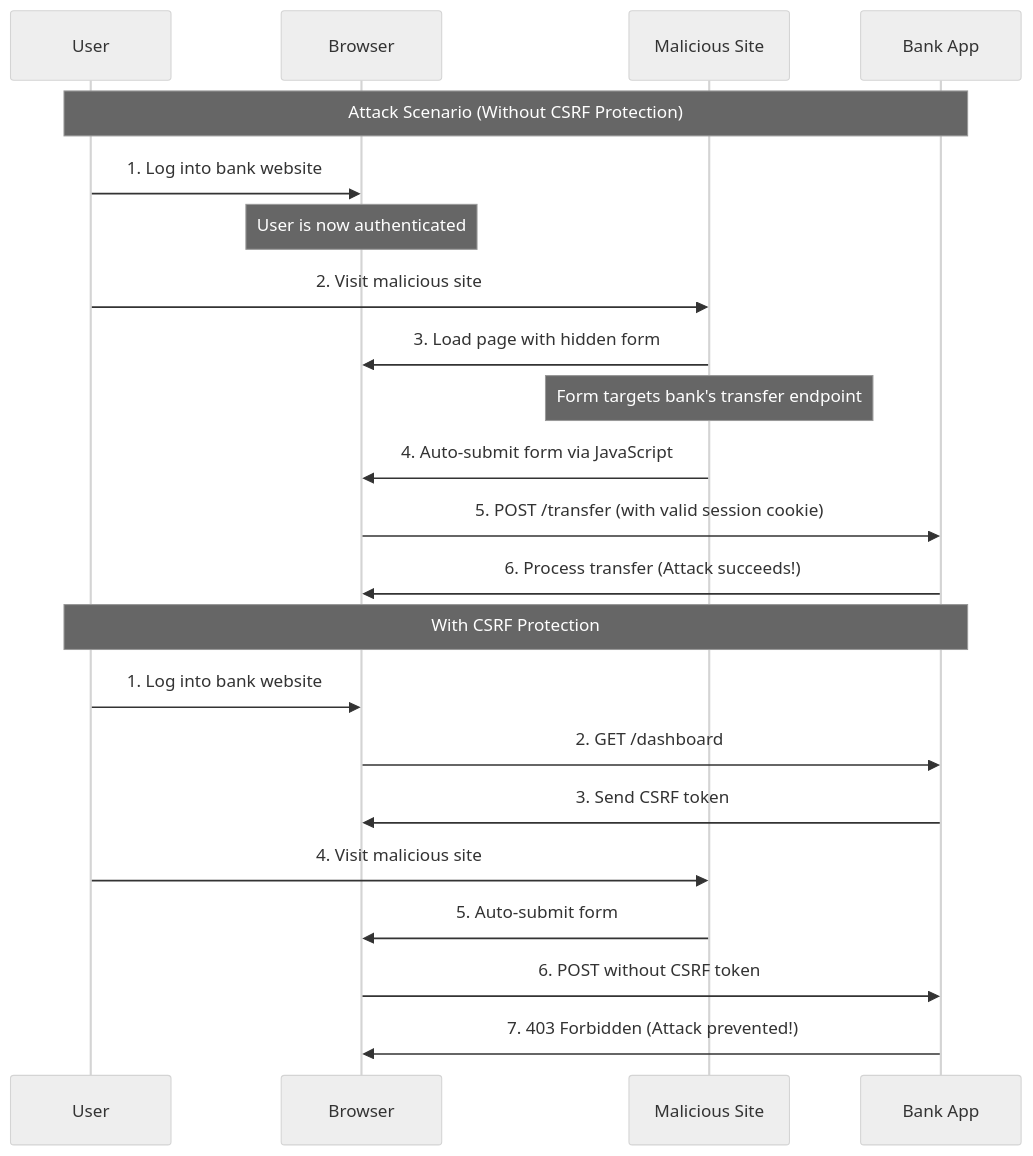
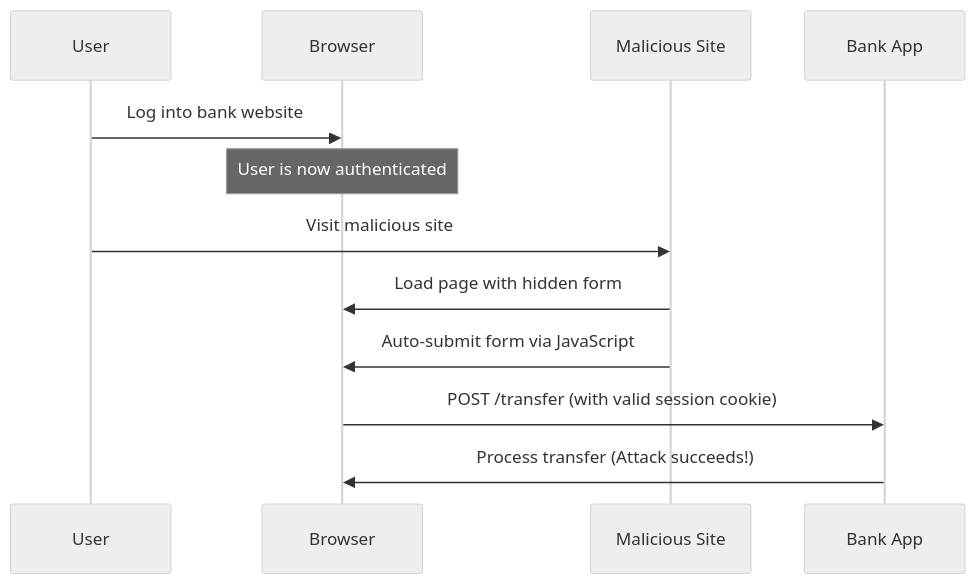
Before and after one commit to sankarpadhy/securitypatterns: the first of 2 diagrams in README.md, drawn with Mermaid (neutral theme). The commit also changed other lines of this file, not shown here.

Commit message:
Update README with comprehensive CSRF protection documentation

````diff
--- a/README.md
+++ b/README.md
@@ -73,26 +27,15 @@
 ```mermaid
 sequenceDiagram
     participant U as User
     participant B as Browser
     participant M as Malicious Site
     participant A as Bank App
     
-    Note over U,A: Attack Scenario (Without CSRF Protection)
-    U->>B: 1. Log into bank website
+    U->>B: Log into bank website
     Note over B: User is now authenticated
-    U->>M: 2. Visit malicious site
-    M->>B: 3. Load page with hidden form
-    Note over M: Form targets bank's transfer endpoint
-    M->>B: 4. Auto-submit form via JavaScript
-    B->>A: 5. POST /transfer (with valid session cookie)
-    A->>B: 6. Process transfer (Attack succeeds!)
-
-    Note over U,A: With CSRF Protection
-    U->>B: 1. Log into bank website
-    B->>A: 2. GET /dashboard
-    A->>B: 3. Send CSRF token
-    U->>M: 4. Visit malicious site
-    M->>B: 5. Auto-submit form
-    B->>A: 6. POST without CSRF token
-    A->>B: 7. 403 Forbidden (Attack prevented!)
+    U->>M: Visit malicious site
+    M->>B: Load page with hidden form
+    M->>B: Auto-submit form via JavaScript
+    B->>A: POST /transfer (with valid session cookie)
+    A->>B: Process transfer (Attack succeeds!)
 ```
````
